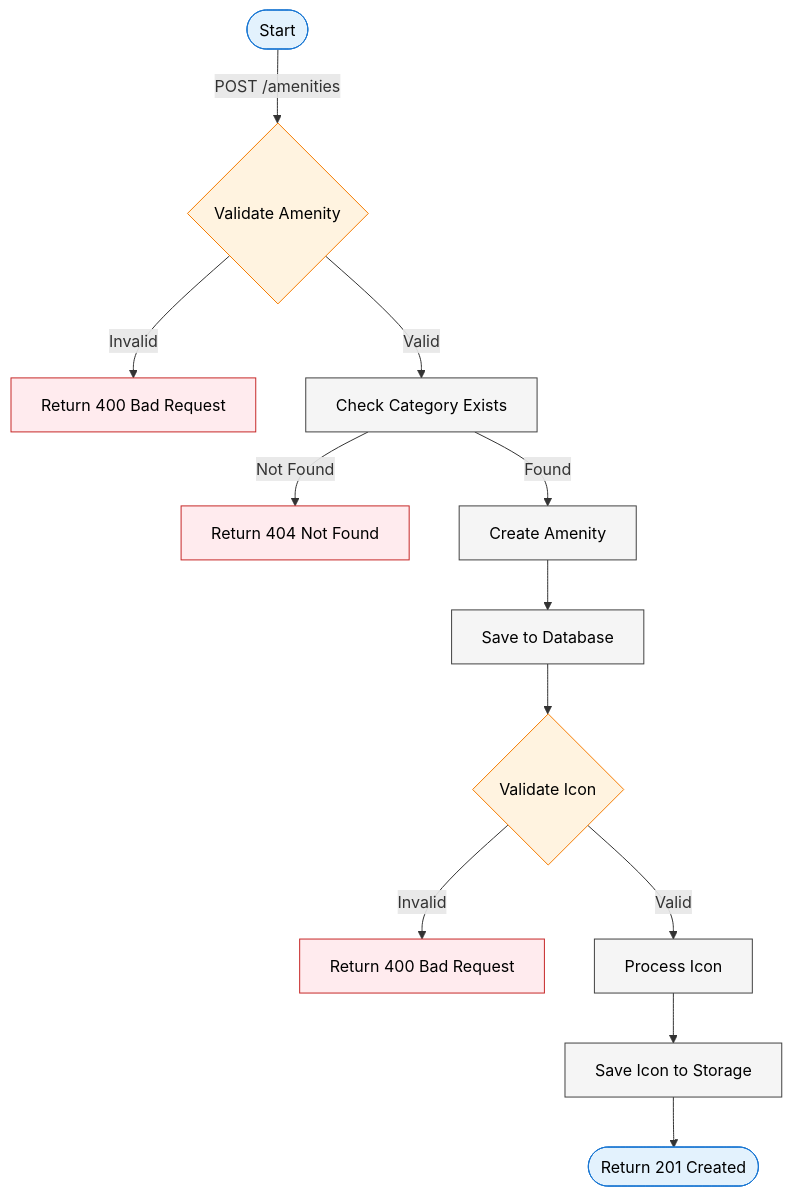
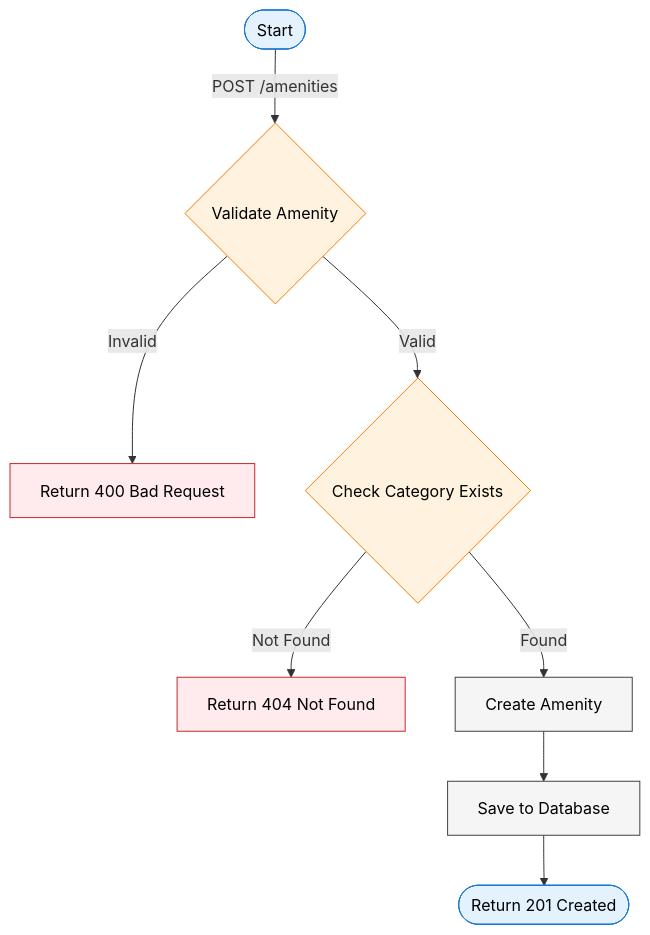
One commit to mhmd-zbib/event-management-system changed the diagram in venue-service/docs/flows/amenity-creation-flow.mmd. Above: the diagram before and after it, drawn with Mermaid. The commit also changed 5 other files, not shown here.

Commit message:
docs: create sequence chart foor amenity

```diff
--- a/venue-service/docs/flows/amenity-creation-flow.mmd
+++ b/venue-service/docs/flows/amenity-creation-flow.mmd
@@ -1,28 +1,22 @@
 graph TD
 %% Main Flow
     Start([Start]) -->|POST /amenities| ValidateAmenity{Validate Amenity}
     ValidateAmenity -->|Invalid| HandleError[Return 400 Bad Request]
-    ValidateAmenity -->|Valid| CheckCategory[Check Category Exists]
+    ValidateAmenity -->|Valid| CheckCategory{Check Category Exists}
 
     CheckCategory -->|Not Found| HandleCategoryError[Return 404 Not Found]
     CheckCategory -->|Found| CreateAmenity[Create Amenity]
     CreateAmenity --> SaveAmenity[Save to Database]
-
-%% Icon Processing
-    SaveAmenity --> ValidateIcon{Validate Icon}
-    ValidateIcon -->|Invalid| HandleIconError[Return 400 Bad Request]
-    ValidateIcon -->|Valid| ProcessIcon[Process Icon]
-    ProcessIcon --> SaveIcon[Save Icon to Storage]
-    SaveIcon --> Success([Return 201 Created])
+    SaveAmenity --> Success([Return 201 Created])
 
 %% Style Definitions
     classDef start_end fill:#e3f2fd,stroke:#1976d2,color:black
     classDef process fill:#f5f5f5,stroke:#424242,color:black
     classDef validation fill:#fff3e0,stroke:#f57c00,color:black
     classDef error fill:#ffebee,stroke:#c62828,color:black
 
 %% Apply Styles
     class Start,Success start_end
-    class CreateAmenity,SaveAmenity,ProcessIcon,SaveIcon,CheckCategory process
-    class ValidateAmenity,ValidateIcon validation
-    class HandleError,HandleIconError,HandleCategoryError error
+    class CreateAmenity,SaveAmenity process
+    class ValidateAmenity,CheckCategory validation
+    class HandleError,HandleCategoryError error
```
